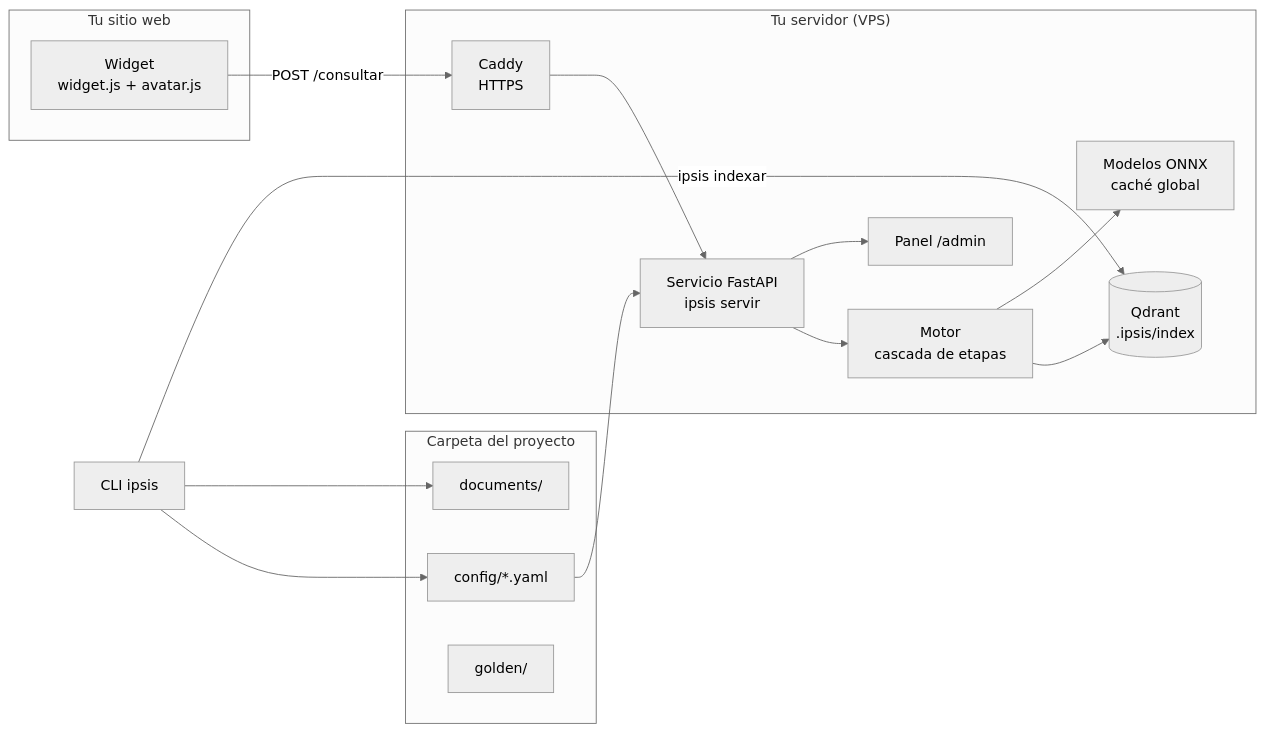
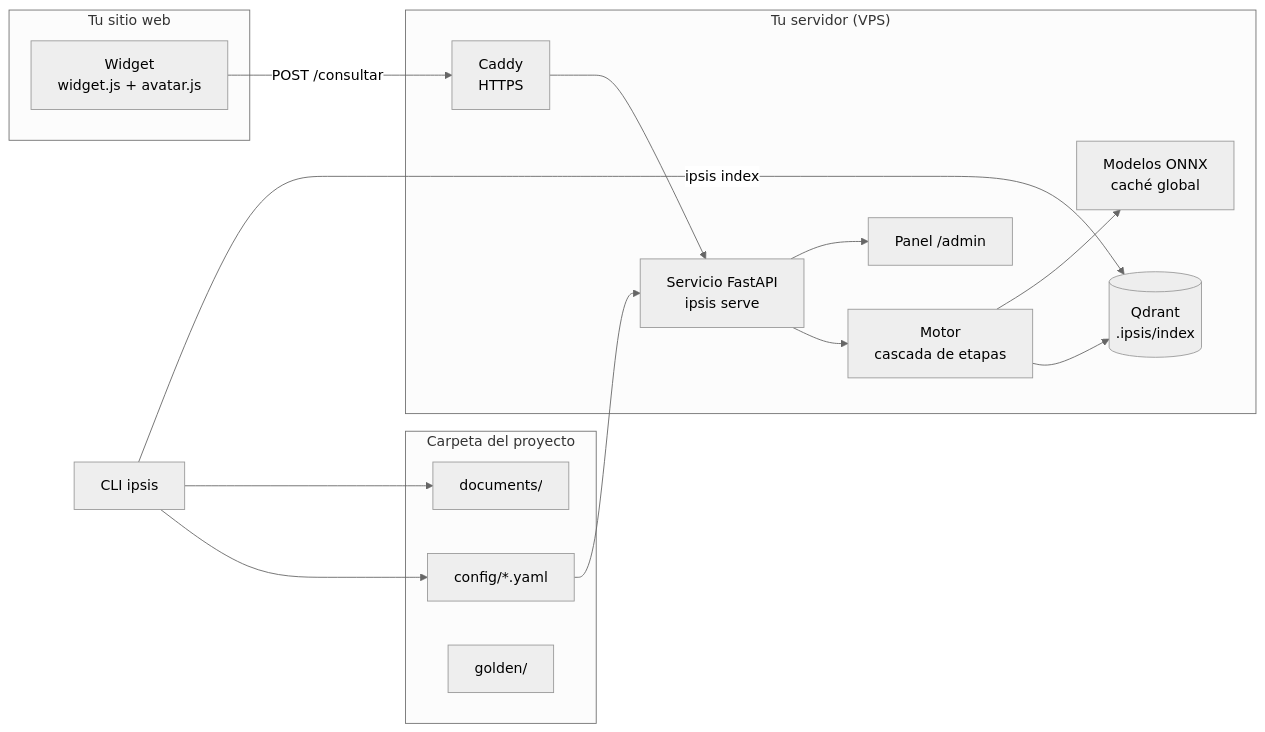
Before and after one commit to ClaudioH19/ipsis: the first of 6 diagrams in docs/arquitectura.md, drawn with Mermaid (neutral theme). The commit also changed other lines of this file and 103 other files, not shown here.

````diff
--- a/docs/arquitectura.md
+++ b/docs/arquitectura.md
@@ -20,23 +20,23 @@
 ```mermaid
 flowchart LR
     subgraph Sitio["Tu sitio web"]
         W["Widget<br/>widget.js + avatar.js"]
     end
     subgraph Servidor["Tu servidor (VPS)"]
-        C["Caddy<br/>HTTPS"] --> API["Servicio FastAPI<br/>ipsis servir"]
+        C["Caddy<br/>HTTPS"] --> API["Servicio FastAPI<br/>ipsis serve"]
         API --> M["Motor<br/>cascada de etapas"]
         M --> Q[("Qdrant<br/>.ipsis/index")]
         M --> O["Modelos ONNX<br/>caché global"]
         API --> P["Panel /admin"]
     end
     subgraph Proyecto["Carpeta del proyecto"]
         CFG["config/*.yaml"]
         DOC["documents/"]
         G["golden/"]
     end
     W -- "POST /consultar" --> C
     CLI["CLI ipsis"] --> CFG
     CLI --> DOC
-    CLI -- "ipsis indexar" --> Q
+    CLI -- "ipsis index" --> Q
     CFG --> API
 ```
````
